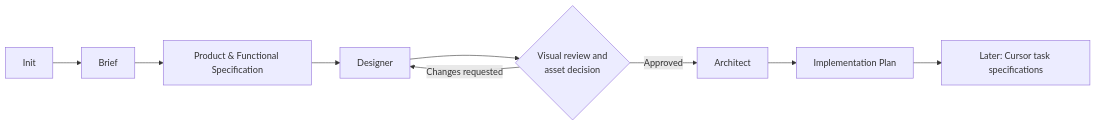
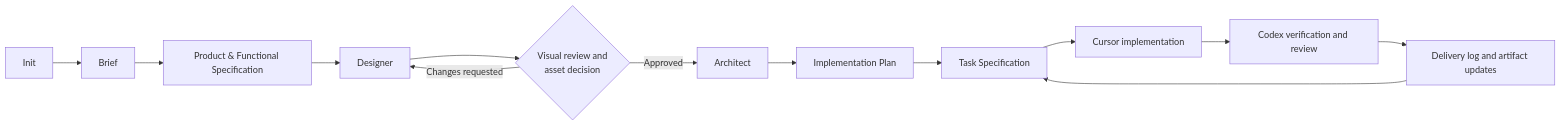
Before and after one commit to JakubM-I/codex-cursor-workflow: the diagram in docs/workflows/stage-resources.md, drawn with Mermaid. The commit also changed other lines of this file and 19 other files, not shown here.

Commit message:
Add task specification and delivery workflow

````diff
--- a/docs/workflows/stage-resources.md
+++ b/docs/workflows/stage-resources.md
@@ -13,11 +13,15 @@
 ```mermaid
 flowchart LR
   Init[Init] --> Brief[Brief]
   Brief --> Spec[Product & Functional Specification]
   Spec --> Design[Designer]
   Design --> Review{Visual review and\nasset decision}
   Review -->|Approved| Architect[Architect]
   Review -->|Changes requested| Design
   Architect --> Plan[Implementation Plan]
-  Plan --> Tasks[Later: Cursor task specifications]
+  Plan --> TaskSpec[Task Specification]
+  TaskSpec --> Cursor[Cursor implementation]
+  Cursor --> Verify[Codex verification and review]
+  Verify --> Log[Delivery log and artifact updates]
+  Log --> TaskSpec
 ```
````
